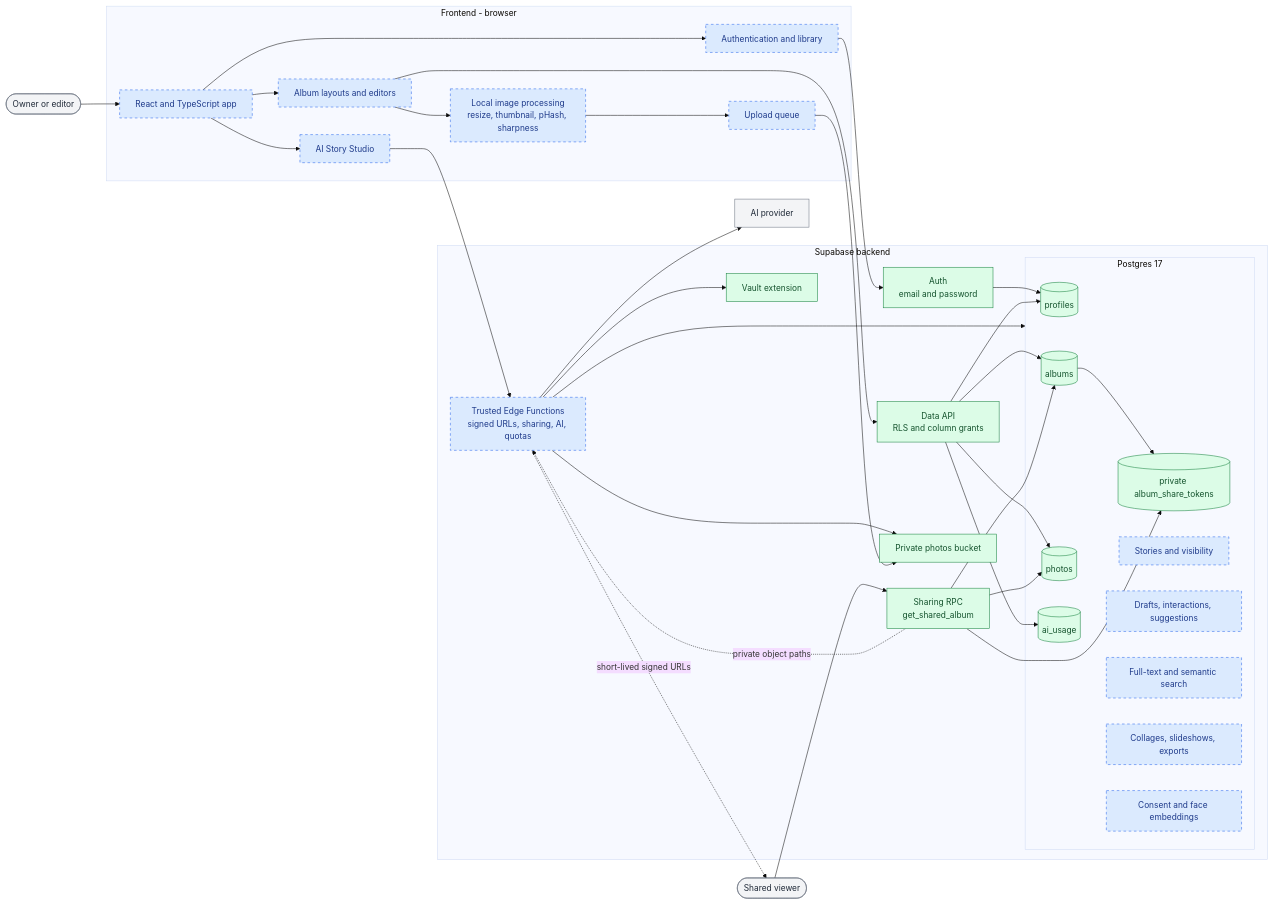
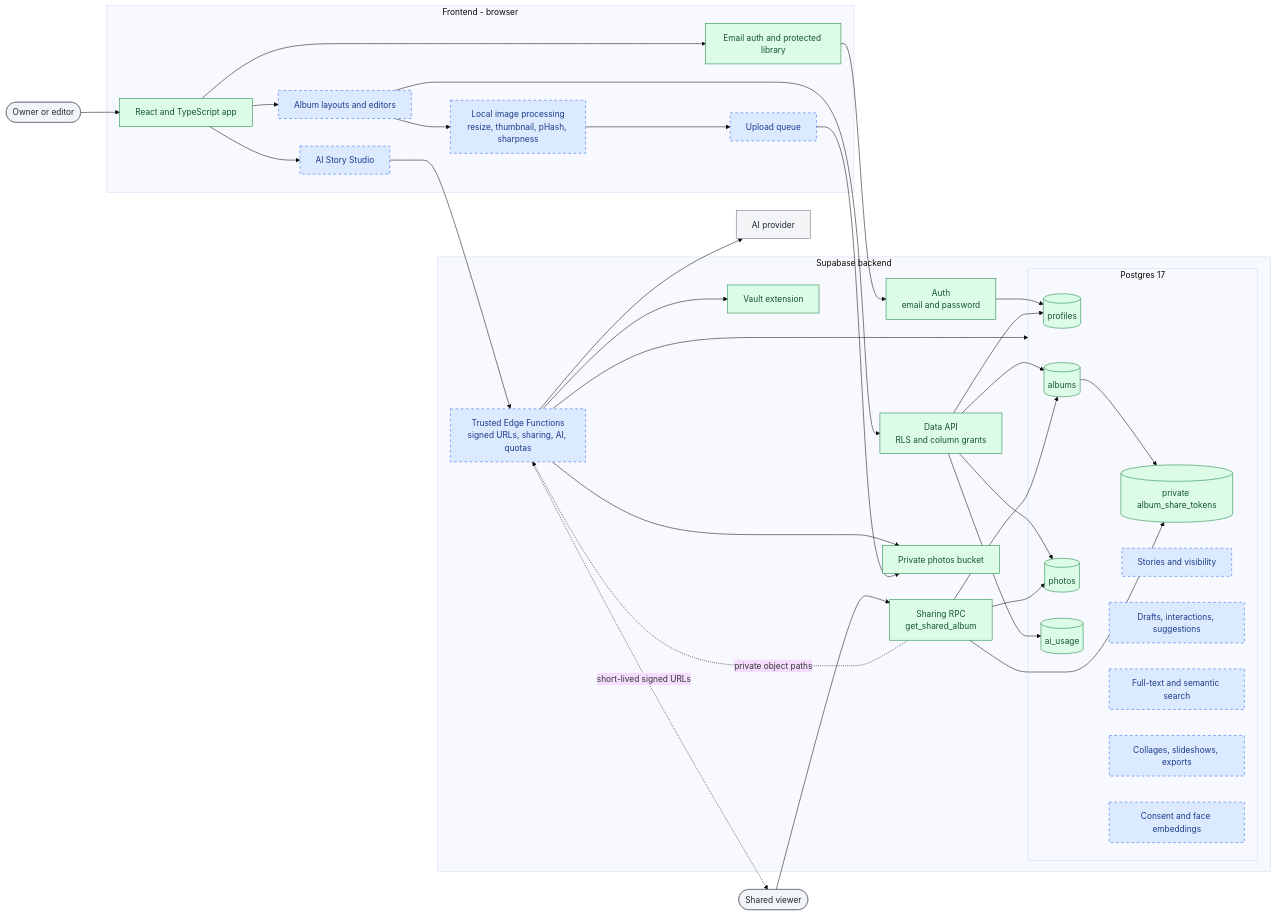
Before and after one commit to Elizabeth1979/albums-studio: the first of 3 diagrams in docs/project-structure.md, drawn with Mermaid (base theme). The commit also changed other lines of this file and 26 other files, not shown here.

````diff
--- a/docs/project-structure.md
+++ b/docs/project-structure.md
@@ -9,65 +9,65 @@
 ```mermaid
 flowchart LR
     User([Owner or editor]):::external
     Viewer([Shared viewer]):::external
     Model[AI provider]:::external
 
     subgraph Frontend["Frontend - browser"]
-        App["React and TypeScript app"]:::planned
-        AuthUI["Authentication and library"]:::planned
+        App["React and TypeScript app"]:::current
+        AuthUI["Email auth and protected library"]:::current
         AlbumUI["Album layouts and editors"]:::planned
         Studio["AI Story Studio"]:::planned
         Local["Local image processing<br/>resize, thumbnail, pHash, sharpness"]:::planned
         Upload["Upload queue"]:::planned
 
         App --> AuthUI
         App --> AlbumUI
         App --> Studio
         AlbumUI --> Local --> Upload
     end
 
     subgraph Supabase["Supabase backend"]
         Auth["Auth<br/>email and password"]:::current
         DataAPI["Data API<br/>RLS and column grants"]:::current
         RPC["Sharing RPC<br/>get_shared_album"]:::current
         Storage["Private photos bucket"]:::current
         Vault["Vault extension"]:::current
 
         subgraph Database["Postgres 17"]
             Profiles[(profiles)]:::current
             Albums[(albums)]:::current
             Photos[(photos)]:::current
             Usage[(ai_usage)]:::current
             Tokens[(private album_share_tokens)]:::current
             TextSchema["Stories and visibility"]:::planned
             AISchema["Drafts, interactions, suggestions"]:::planned
             SearchSchema["Full-text and semantic search"]:::planned
             OutputSchema["Collages, slideshows, exports"]:::planned
             FaceSchema["Consent and face embeddings"]:::planned
         end
 
         Edge["Trusted Edge Functions<br/>signed URLs, sharing, AI, quotas"]:::planned
 
         Auth --> Profiles
         DataAPI --> Albums & Photos & Profiles & Usage
         Albums --> Tokens
         RPC --> Albums & Photos & Tokens
         Edge --> Database
         Edge --> Storage
         Edge --> Vault
     end
 
     User --> App
     AuthUI --> Auth
     AlbumUI --> DataAPI
     Upload --> Storage
     Studio --> Edge
     Edge --> Model
     Viewer --> RPC
     RPC -. "private object paths" .-> Edge
     Edge -. "short-lived signed URLs" .-> Viewer
 
     classDef current fill:#dcfce7,stroke:#15803d,color:#14532d
     classDef planned fill:#dbeafe,stroke:#2563eb,color:#1e3a8a,stroke-dasharray:5 5
     classDef external fill:#f3f4f6,stroke:#6b7280,color:#1f2937
 ```
````
